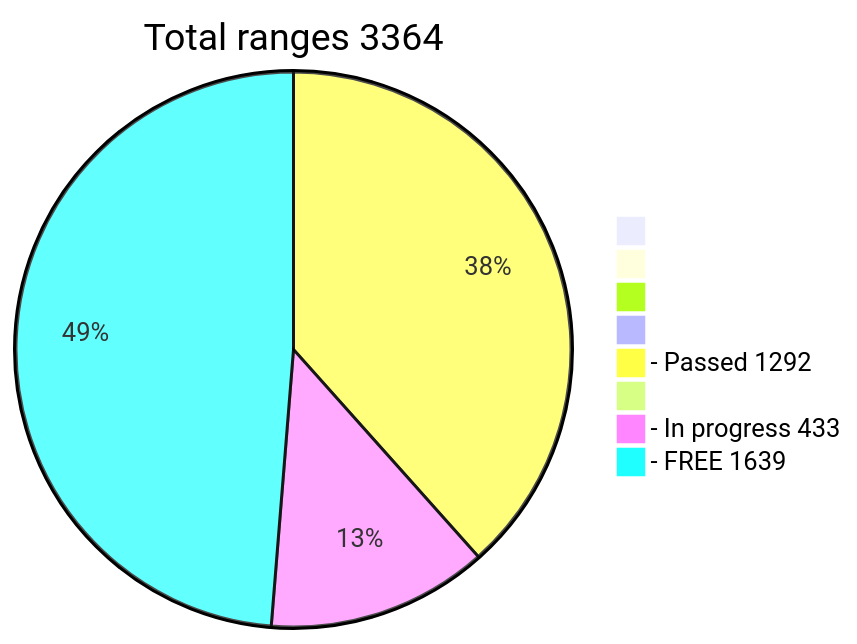
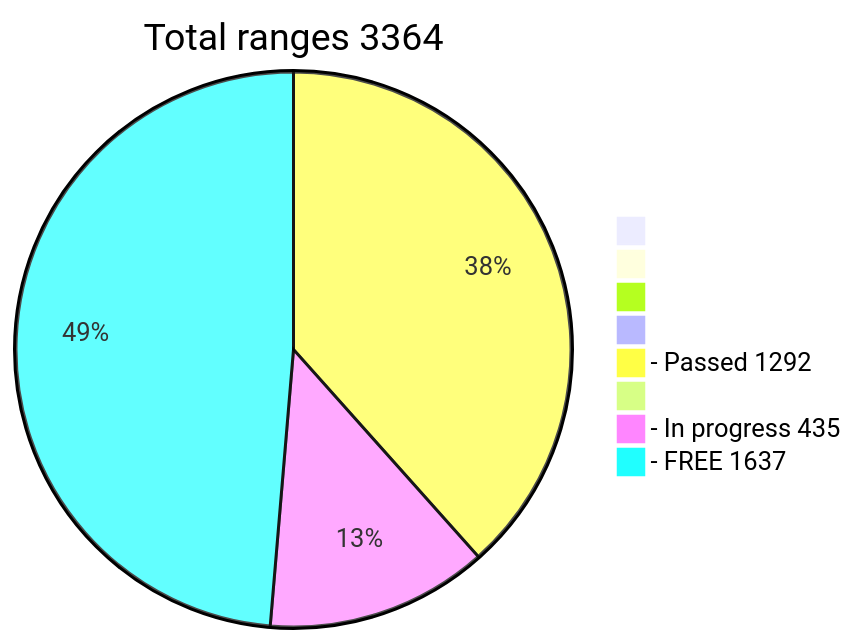
Before and after one commit to phrutis/wif500: the diagram in README.md, drawn with Mermaid.

````diff
--- a/README.md
+++ b/README.md
@@ -16,12 +16,12 @@
 ```mermaid
 pie title Total ranges 3364
              " " : 0
             "  " : 0
            "   " : 0
           "    " : 0
   "- Passed 1292" : 1292
          "     " : 0
-  "- In progress 433" : 433
-   "- FREE 1639" : 1639
+  "- In progress 435" : 435
+   "- FREE 1637" : 1637
    
 ```
````
